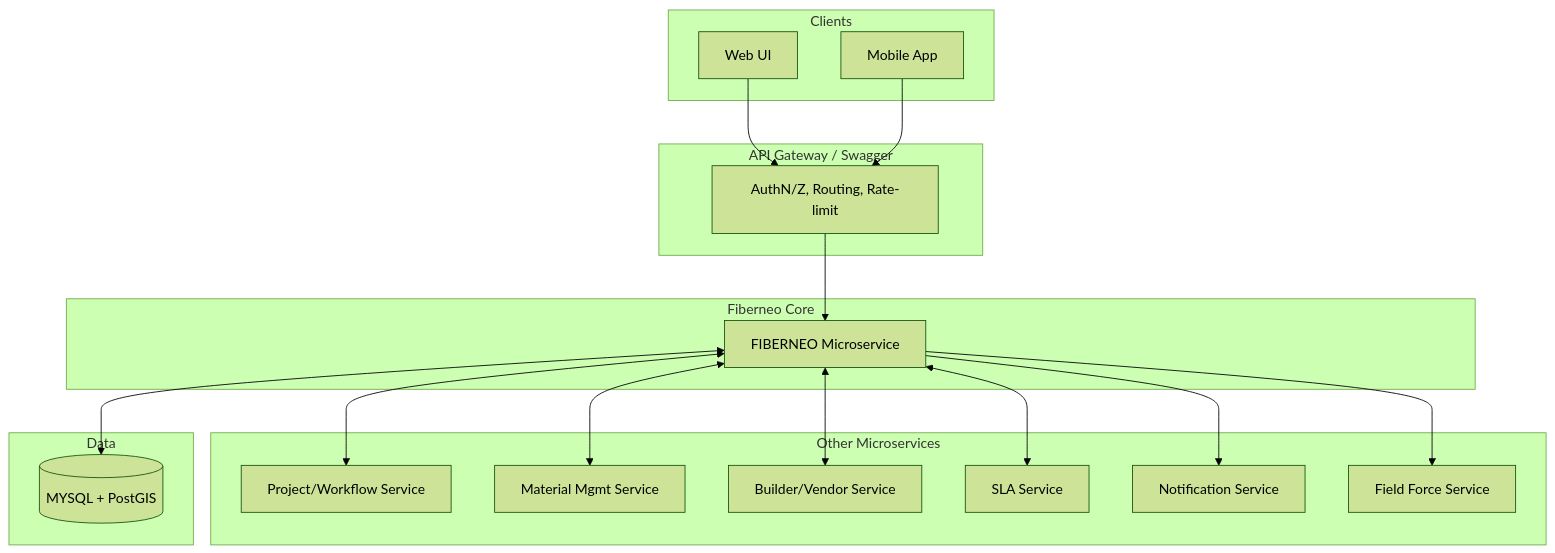
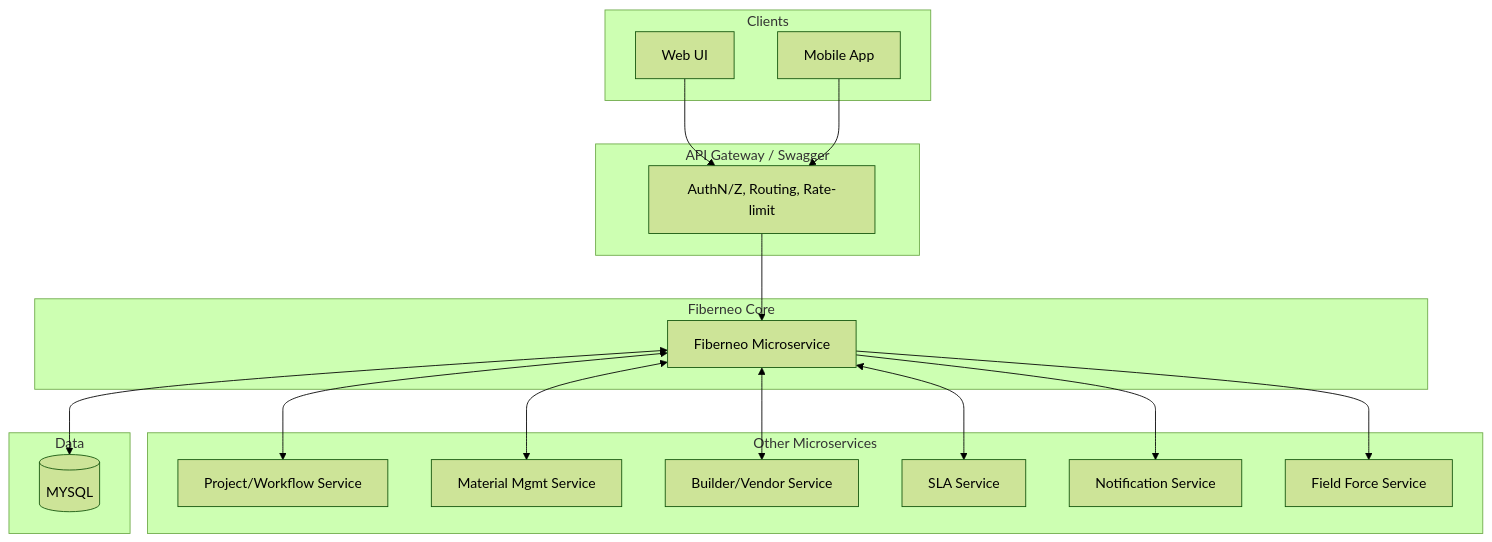
Before and after one commit to BhavikVisionGit/Fiberneo-Documents: the first of 11 diagrams in Fiberneo-Document/LLD/LLD.md, drawn with Mermaid (forest theme). The commit also changed other lines of this file, not shown here.

````diff
--- a/Fiberneo-Document/LLD/LLD.md
+++ b/Fiberneo-Document/LLD/LLD.md
@@ -78,44 +74,44 @@
 ```mermaid
 graph TD
   subgraph Clients
     W[Web UI]
     M[Mobile App]
   end
 
   subgraph API_GW[API Gateway / Swagger]
     GW[AuthN/Z, Routing, Rate-limit]
   end
 
   W --> GW
   M --> GW
 
   %% Fiberneo highlighted separately
   subgraph FNS[Fiberneo Core]
-    FN[FIBERNEO Microservice]
+    FN[Fiberneo Microservice]
   end
 
   %% Other microservices grouped
   subgraph OMS[Other Microservices]
     PRJ[Project/Workflow Service]
     MAT[Material Mgmt Service]
     BLD[Builder/Vendor Service]
     SLA[SLA Service]
     NOTIF[Notification Service]
     FFM[Field Force Service]
   end
 
   GW --> FN
   FN <--> PRJ
   FN <--> MAT
   FN <--> BLD
   FN <--> SLA
   FN --> NOTIF
   FN --> FFM
 
   subgraph Data
-    DB[(MYSQL + PostGIS)]
+    DB[(MYSQL)]
   end
 
   FN <--> DB
 
 ```
````
